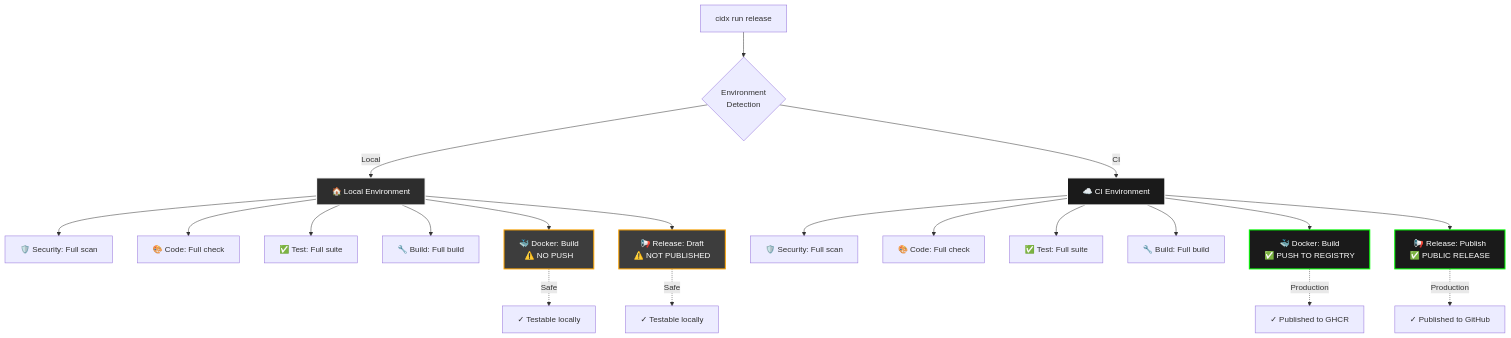
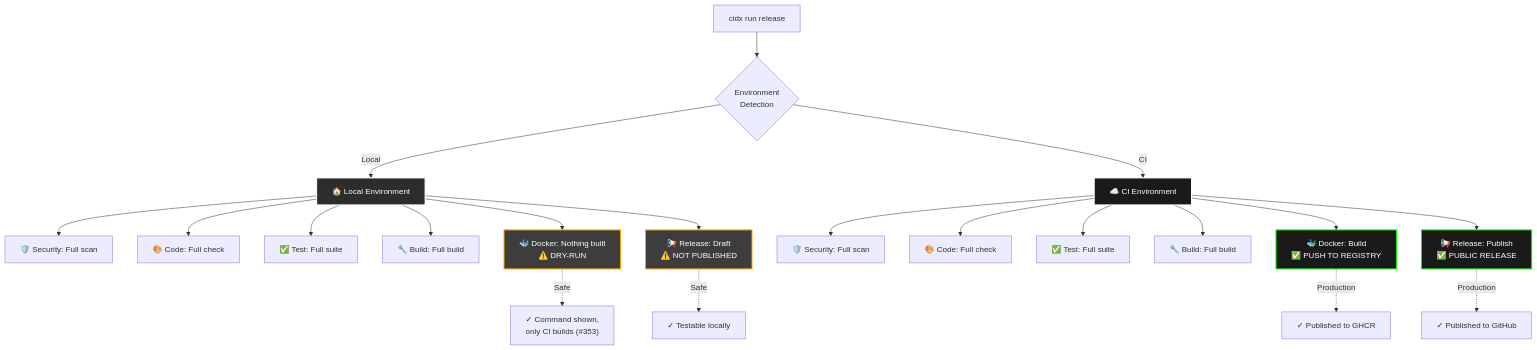
One commit to cidx-org/cidx changed the third of 6 diagrams in docs/core-concepts/devops.md. Above: the diagram before and after it, drawn with Mermaid. The commit also changed other lines of this file and 11 other files, not shown here.

First line of the commit message:
refactor(safety)!: remove no-push, which was dry-run with a promise it could not keep (#370)

````diff
--- a/docs/core-concepts/devops.md
+++ b/docs/core-concepts/devops.md
@@ -150,36 +150,36 @@
 ```mermaid
 flowchart TB
     CMD[cidx run release]
     DETECT{"Environment<br/>Detection"}
 
     CMD --> DETECT
 
     DETECT -->|Local| LOCAL_MODE[🏠 Local Environment]
     DETECT -->|CI| CI_MODE[☁️ CI Environment]
 
     LOCAL_MODE --> SEC_LOCAL["🛡️ Security: Full scan"]
     LOCAL_MODE --> CODE_LOCAL["🎨 Code: Full check"]
     LOCAL_MODE --> TEST_LOCAL["✅ Test: Full suite"]
     LOCAL_MODE --> BUILD_LOCAL["🔧 Build: Full build"]
-    LOCAL_MODE --> DOCKER_LOCAL["🐳 Docker: Build<br/>⚠️ NO PUSH"]
+    LOCAL_MODE --> DOCKER_LOCAL["🐳 Docker: Nothing built<br/>⚠️ DRY-RUN"]
     LOCAL_MODE --> RELEASE_LOCAL["📢 Release: Draft<br/>⚠️ NOT PUBLISHED"]
 
     CI_MODE --> SEC_CI["🛡️ Security: Full scan"]
     CI_MODE --> CODE_CI["🎨 Code: Full check"]
     CI_MODE --> TEST_CI["✅ Test: Full suite"]
     CI_MODE --> BUILD_CI["🔧 Build: Full build"]
     CI_MODE --> DOCKER_CI["🐳 Docker: Build<br/>✅ PUSH TO REGISTRY"]
     CI_MODE --> RELEASE_CI["📢 Release: Publish<br/>✅ PUBLIC RELEASE"]
 
-    DOCKER_LOCAL -.->|Safe| DRAFT1["✓ Testable locally"]
+    DOCKER_LOCAL -.->|Safe| DRAFT1["✓ Command shown,<br/>only CI builds (#353)"]
     RELEASE_LOCAL -.->|Safe| DRAFT2["✓ Testable locally"]
     DOCKER_CI -.->|Production| PROD1["✓ Published to GHCR"]
     RELEASE_CI -.->|Production| PROD2["✓ Published to GitHub"]
 
     style LOCAL_MODE fill:#2d2d2d,stroke:#fff,stroke-width:2px,color:#fff
     style CI_MODE fill:#1a1a1a,stroke:#fff,stroke-width:2px,color:#fff
     style DOCKER_LOCAL fill:#3d3d3d,stroke:#ffa500,stroke-width:2px,color:#fff
     style RELEASE_LOCAL fill:#3d3d3d,stroke:#ffa500,stroke-width:2px,color:#fff
     style DOCKER_CI fill:#1a1a1a,stroke:#00ff00,stroke-width:2px,color:#fff
     style RELEASE_CI fill:#1a1a1a,stroke:#00ff00,stroke-width:2px,color:#fff
 ```
````
